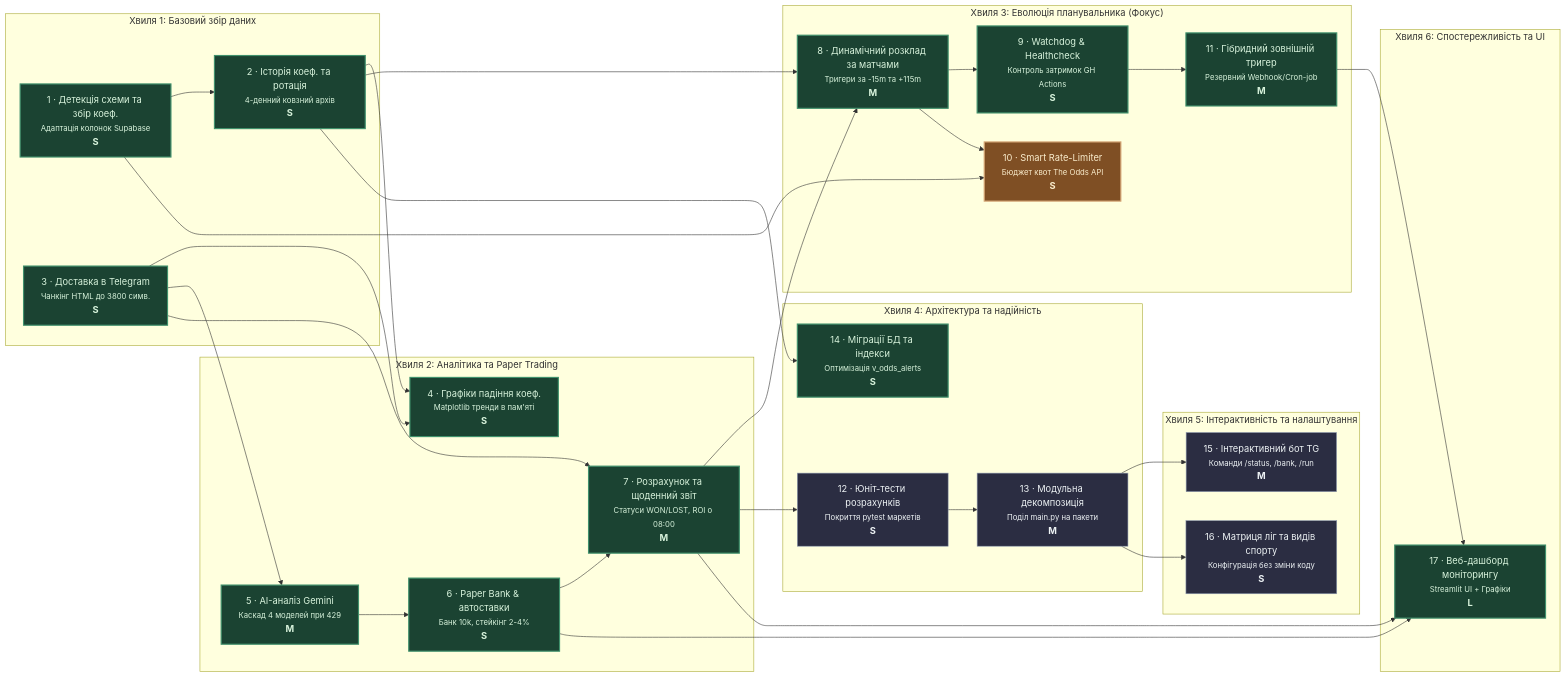
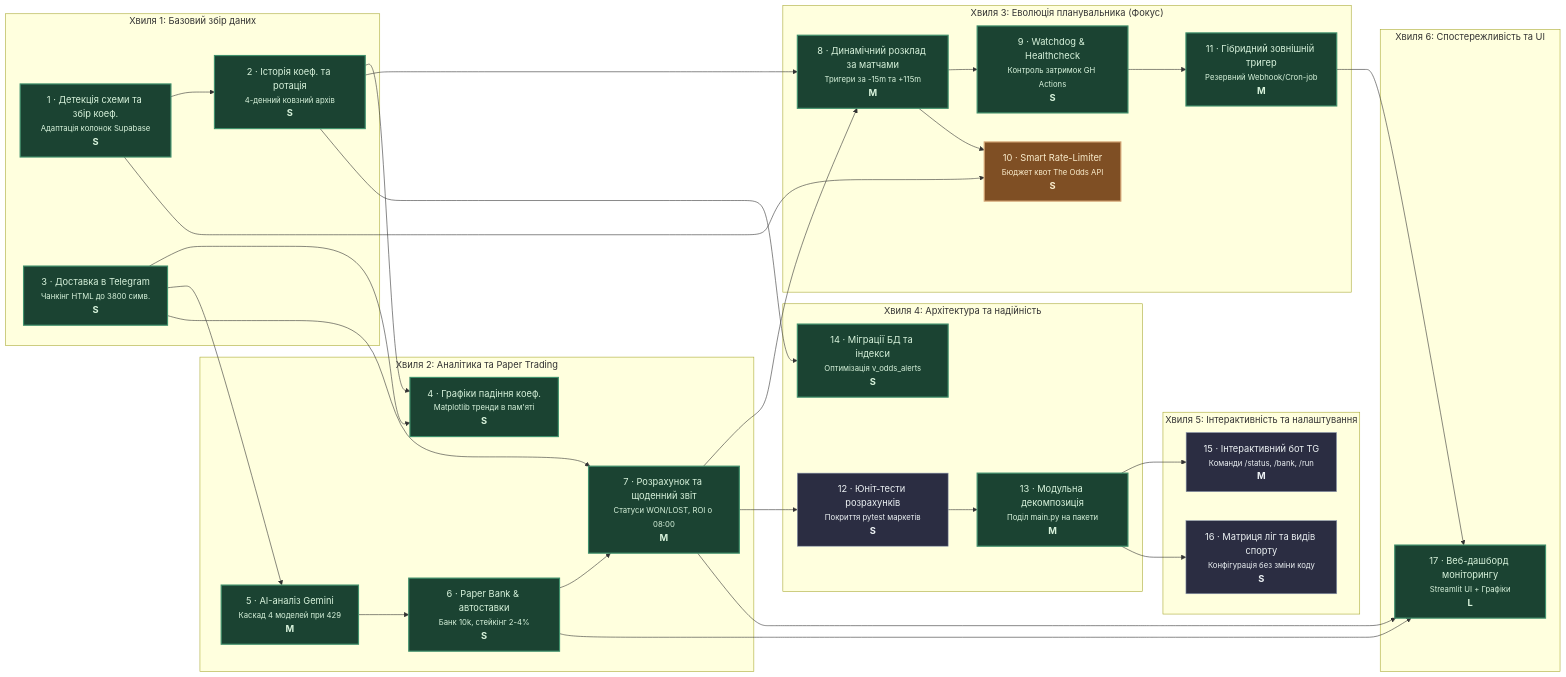
One commit to vsymchak/StatMonitor changed the diagram in docs/roadmap-diagram.md. Above: the diagram before and after it, drawn with Mermaid. The commit also changed other lines of this file and 15 other files, not shown here.

````diff
--- a/docs/roadmap-diagram.md
+++ b/docs/roadmap-diagram.md
@@ -8,73 +8,73 @@
 ```mermaid
 flowchart LR
     classDef shipped fill:#1b4332,stroke:#40916c,color:#d8f3dc,stroke-width:2px;
     classDef in_progress fill:#7f4f24,stroke:#d4a373,color:#faedcd,stroke-width:2px;
     classDef idea fill:#2b2d42,stroke:#8d99ae,color:#edf2f4,stroke-width:1px;
     classDef fog fill:#1e1e24,stroke:#4a4e69,color:#9a8c98,stroke-width:1px,stroke-dasharray: 4 4;
 
     subgraph Wave1["Хвиля 1: Базовий збір даних"]
         1["1 · Детекція схеми та збір коеф.<br><small>Адаптація колонок Supabase</small><br><b>S</b>"]:::shipped
         2["2 · Історія коеф. та ротація<br><small>4-денний ковзний архів</small><br><b>S</b>"]:::shipped
         3["3 · Доставка в Telegram<br><small>Чанкінг HTML до 3800 симв.</small><br><b>S</b>"]:::shipped
     end
 
     subgraph Wave2["Хвиля 2: Аналітика та Paper Trading"]
         4["4 · Графіки падіння коеф.<br><small>Matplotlib тренди в пам'яті</small><br><b>S</b>"]:::shipped
         5["5 · AI-аналіз Gemini<br><small>Каскад 4 моделей при 429</small><br><b>M</b>"]:::shipped
         6["6 · Paper Bank & автоставки<br><small>Банк 10k, стейкінг 2-4%</small><br><b>S</b>"]:::shipped
         7["7 · Розрахунок та щоденний звіт<br><small>Статуси WON/LOST, ROI о 08:00</small><br><b>M</b>"]:::shipped
     end
 
     subgraph Wave3["Хвиля 3: Еволюція планувальника (Фокус)"]
         8["8 · Динамічний розклад за матчами<br><small>Тригери за -15m та +115m</small><br><b>M</b>"]:::shipped
         9["9 · Watchdog & Healthcheck<br><small>Контроль затримок GH Actions</small><br><b>S</b>"]:::shipped
         10["10 · Smart Rate-Limiter<br><small>Бюджет квот The Odds API</small><br><b>S</b>"]:::in_progress
         11["11 · Гібридний зовнішній тригер<br><small>Резервний Webhook/Cron-job</small><br><b>M</b>"]:::shipped
     end
 
     subgraph Wave4["Хвиля 4: Архітектура та надійність"]
         12["12 · Юніт-тести розрахунків<br><small>Покриття pytest маркетів</small><br><b>S</b>"]:::idea
-        13["13 · Модульна декомпозиція<br><small>Поділ main.py на пакети</small><br><b>M</b>"]:::idea
+        13["13 · Модульна декомпозиція<br><small>Поділ main.py на пакети</small><br><b>M</b>"]:::shipped
         14["14 · Міграції БД та індекси<br><small>Оптимізація v_odds_alerts</small><br><b>S</b>"]:::shipped
     end
 
     subgraph Wave5["Хвиля 5: Інтерактивність та налаштування"]
         15["15 · Інтерактивний бот TG<br><small>Команди /status, /bank, /run</small><br><b>M</b>"]:::idea
         16["16 · Матриця ліг та видів спорту<br><small>Конфігурація без зміни коду</small><br><b>S</b>"]:::idea
     end
 
     subgraph Wave6["Хвиля 6: Спостережливість та UI"]
         17["17 · Веб-дашборд моніторингу<br><small>Streamlit UI + Графіки</small><br><b>L</b>"]:::shipped
     end
 
     %% Залежності Хвилі 1 і 2
     1 --> 2
     2 --> 4
     3 --> 4
     3 --> 5
     5 --> 6
     6 --> 7
     3 --> 7
 
     %% Залежності Хвилі 3 (Планувальник)
     2 --> 8
     7 --> 8
     8 --> 9
     1 --> 10
     8 --> 10
     9 --> 11
 
     %% Залежності Хвилі 4
     7 --> 12
     12 --> 13
     2 --> 14
 
     %% Залежності Хвилі 5
     13 --> 15
     13 --> 16
 
     %% Wave 6 connections
     6 --> 17
     7 --> 17
     11 --> 17
 ```
````
